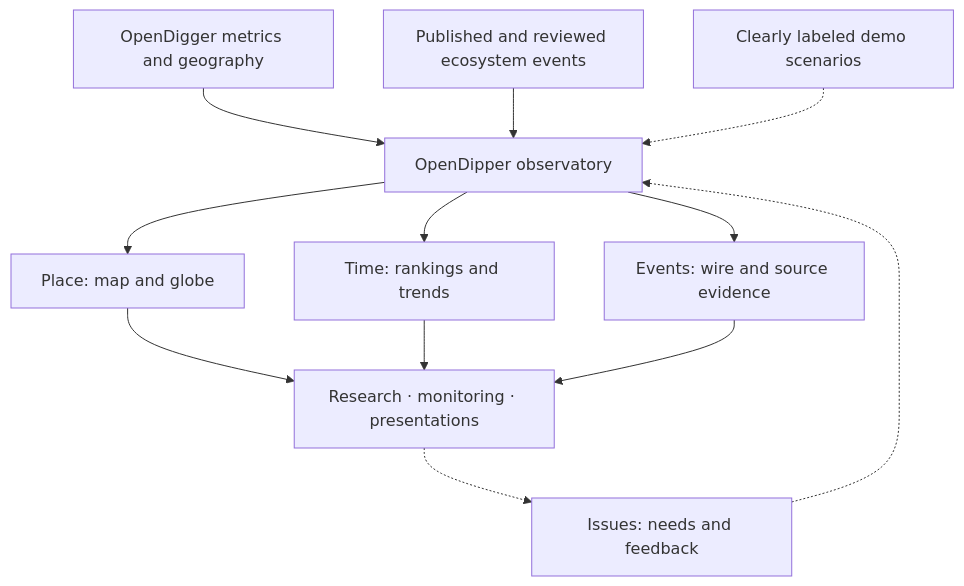
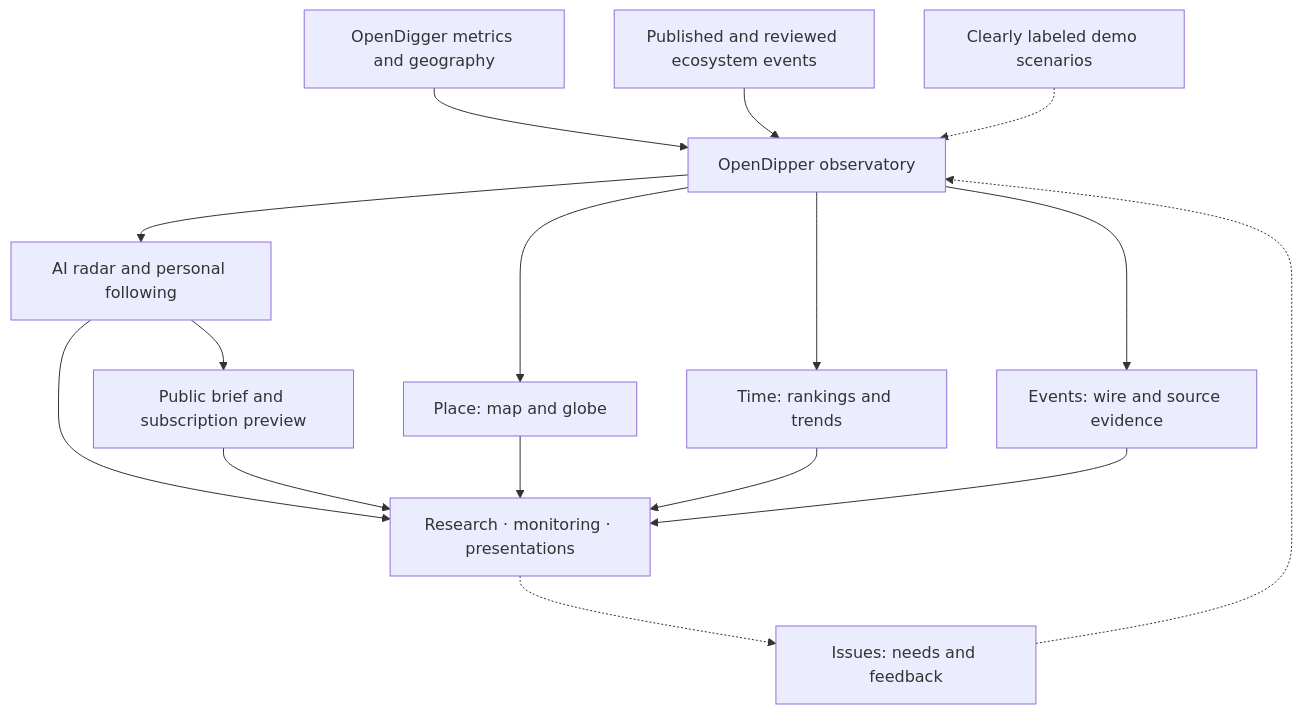
One commit to X-lab2017/open-dipper changed the first of 2 diagrams in README.md. Above: the diagram before and after it, drawn with Mermaid. The commit also changed other lines of this file and 31 other files, not shown here.

````diff
--- a/README.md
+++ b/README.md
@@ -17,14 +17,18 @@
 ```mermaid
 flowchart TD
   M["OpenDigger metrics and geography"] --> O["OpenDipper observatory"]
   E["Published and reviewed ecosystem events"] --> O
   D["Clearly labeled demo scenarios"] -.-> O
   O --> G["Place: map and globe"]
   O --> T["Time: rankings and trends"]
   O --> W["Events: wire and source evidence"]
+  O --> R["AI radar and personal following"]
+  R --> V
+  R --> S["Public brief and subscription preview"]
+  S --> V
   G --> V["Research · monitoring · presentations"]
   T --> V
   W --> V
   V -.-> I["Issues: needs and feedback"]
   I -.-> O
 ```
````
